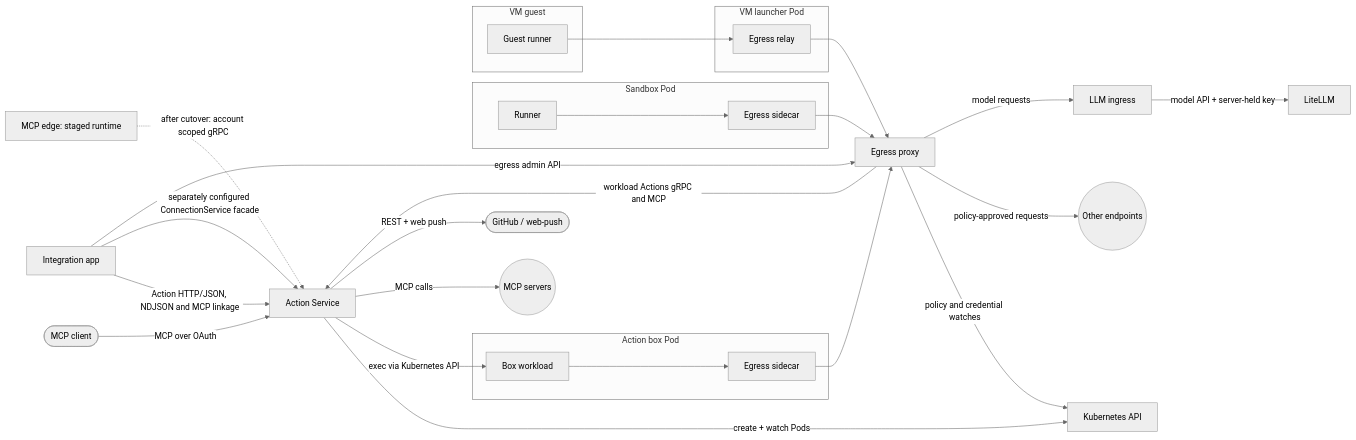
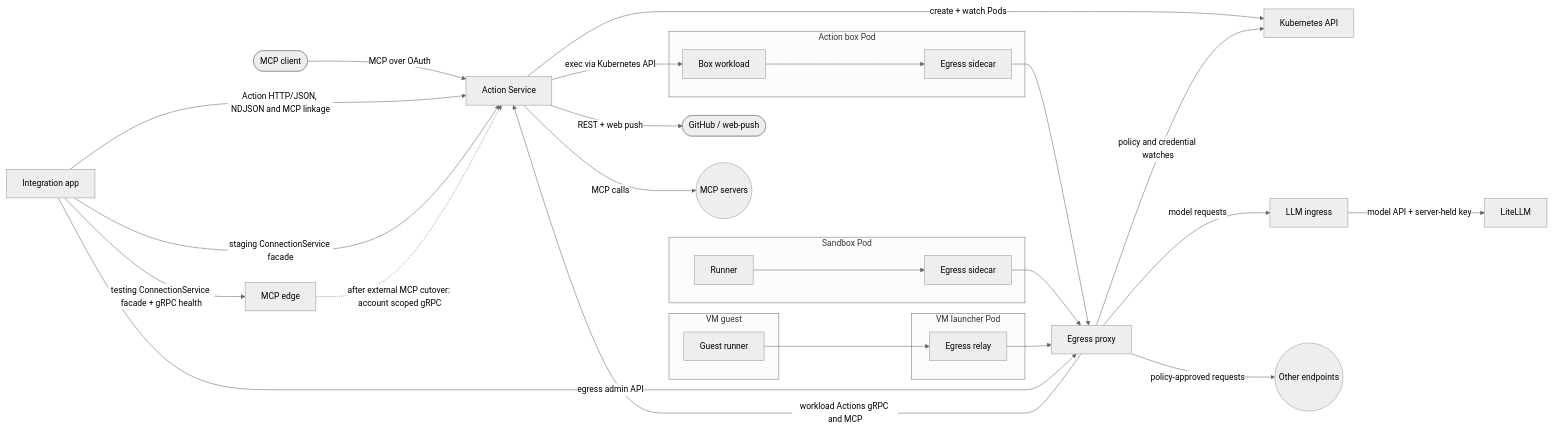
One commit to agentydragon/ducktape changed the fifth of 5 diagrams in agentplane/docs/system_overview.md. Above: the diagram before and after it, drawn with Mermaid (neutral theme). The commit also changed other lines of this file and 4 other files, not shown here.

Commit message:
Route testing Connection calls to the standalone MCP edge

````diff
--- a/agentplane/docs/system_overview.md
+++ b/agentplane/docs/system_overview.md
@@ -126,46 +126,47 @@
 ```mermaid
 flowchart LR
     mcp_client([MCP client])
     github([GitHub / web-push])
     app[Integration app]
     actions[Action Service]
-    edge[MCP edge: staged runtime]
+    edge[MCP edge]
     k8s[Kubernetes API]
     subgraph box[Action box Pod]
         workload[Box workload]
         box_sidecar[Egress sidecar]
     end
     subgraph sandbox[Sandbox Pod]
         runner[Runner]
         sidecar[Egress sidecar]
     end
     subgraph vm_guest[VM guest]
         guest[Guest runner]
     end
     subgraph vm_pod[VM launcher Pod]
         relay[Egress relay]
     end
     egress[Egress proxy]
     llm[LLM ingress]
     litellm[LiteLLM]
     other((Other endpoints))
     mcp_servers((MCP servers))
 
     mcp_client -->|MCP over OAuth| actions
     app -->|Action HTTP/JSON, NDJSON and MCP linkage| actions
-    app -->|separately configured ConnectionService facade| actions
-    edge -.->|after cutover: account scoped gRPC| actions
+    app -->|staging ConnectionService facade| actions
+    app -->|testing ConnectionService facade + gRPC health| edge
+    edge -.->|after external MCP cutover: account scoped gRPC| actions
     actions -->|create + watch Pods| k8s
     actions -->|exec via Kubernetes API| workload
     workload --> box_sidecar --> egress
     runner --> sidecar --> egress
     guest --> relay --> egress
     app -->|egress admin API| egress
     egress -->|policy and credential watches| k8s
     egress -->|workload Actions gRPC and MCP| actions
     egress -->|policy-approved requests| other
     egress -->|model requests| llm
     llm -->|model API + server-held key| litellm
     actions -->|MCP calls| mcp_servers
     actions -->|REST + web push| github
 ```
````
